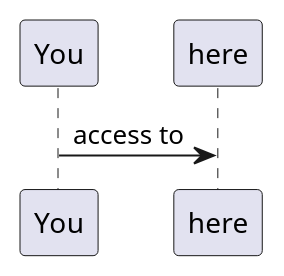
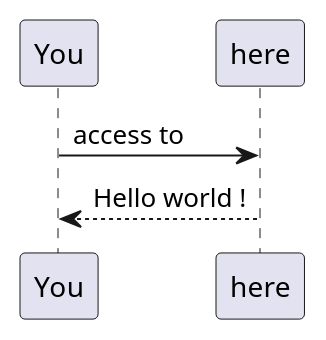
One commit to lentian/lentian changed the diagram in README.md. Above: the diagram before and after it, drawn with PlantUML. The commit also changed other lines of this file, not shown here.

````diff
--- a/README.md
+++ b/README.md
@@ -9,5 +7,7 @@
 ```plantuml
 @startuml
 You -> here : access to
+
+here --> You : Hello world !
 @enduml
 ```
````
